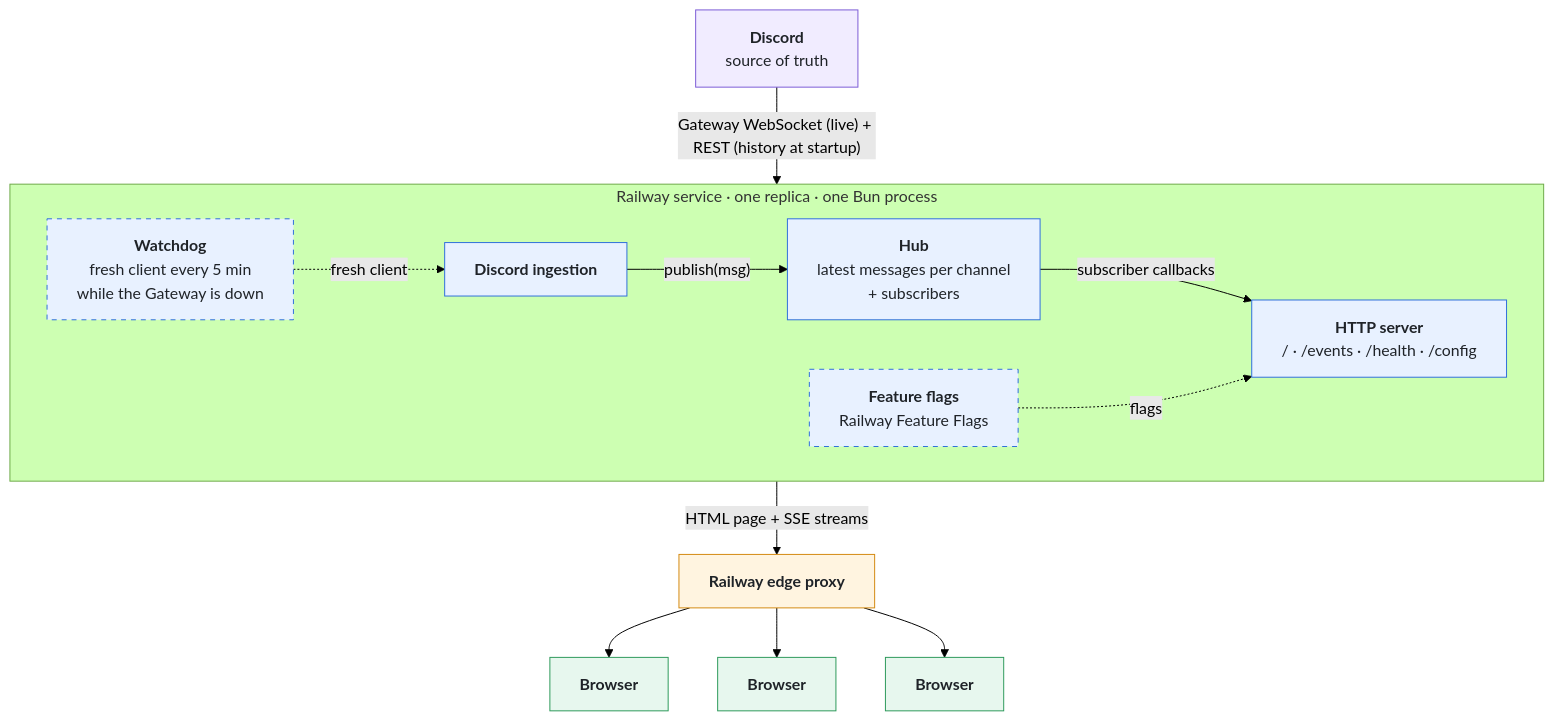
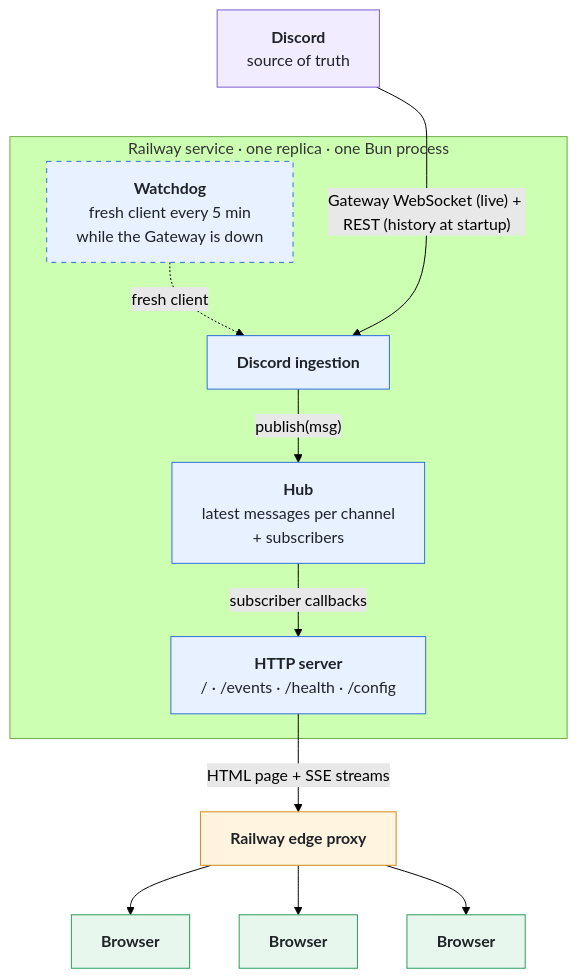
Before and after one commit to AmitKulkarni23/discord-relay: the diagram in README.md, drawn with Mermaid (forest theme).

Commit message:
Make the README diagram vertical and drop the feature flags box.

````diff
--- a/README.md
+++ b/README.md
@@ -33,39 +33,37 @@
 ```mermaid
 flowchart TD
   discord["<b>Discord</b><br/>source of truth"]
 
   subgraph svc["Railway service · one replica · one Bun process"]
-    direction LR
+    watchdog["<b>Watchdog</b><br/>fresh client every 5 min<br/>while the Gateway is down"]
     ingest["<b>Discord ingestion</b>"]
     hub["<b>Hub</b><br/>latest messages per channel<br/>+ subscribers"]
     http["<b>HTTP server</b><br/>/ · /events · /health · /config"]
-    watchdog["<b>Watchdog</b><br/>fresh client every 5 min<br/>while the Gateway is down"]
-    flags["<b>Feature flags</b><br/>Railway Feature Flags"]
+    watchdog -. "fresh client" .-> ingest
     ingest -- "publish(msg)" --> hub
     hub -- "subscriber callbacks" --> http
-    watchdog -. "fresh client" .-> ingest
-    flags -. "flags" .-> http
   end
 
   edge["<b>Railway edge proxy</b>"]
   b1["<b>Browser</b>"]
   b2["<b>Browser</b>"]
   b3["<b>Browser</b>"]
 
-  discord -- "Gateway WebSocket (live) + REST (history at startup)" --> svc
-  svc -- "HTML page + SSE streams" --> edge
+  discord -- "Gateway WebSocket (live) + REST (history at startup)" --> ingest
+  http -- "HTML page + SSE streams" --> edge
+  discord ~~~ watchdog
   edge --> b1
   edge --> b2
   edge --> b3
 
   classDef ext fill:#f1ecff,stroke:#7c5cd6,color:#1f2328
   classDef our fill:#e8f1ff,stroke:#2f6fdb,color:#1f2328
   classDef aux fill:#e8f1ff,stroke:#2f6fdb,color:#1f2328,stroke-dasharray:5 5
   classDef inf fill:#fff4e0,stroke:#d48a12,color:#1f2328
   classDef usr fill:#e7f7ee,stroke:#2e9a5b,color:#1f2328
   class discord ext
   class ingest,hub,http our
-  class watchdog,flags aux
+  class watchdog aux
   class edge inf
   class b1,b2,b3 usr
 ```
````
